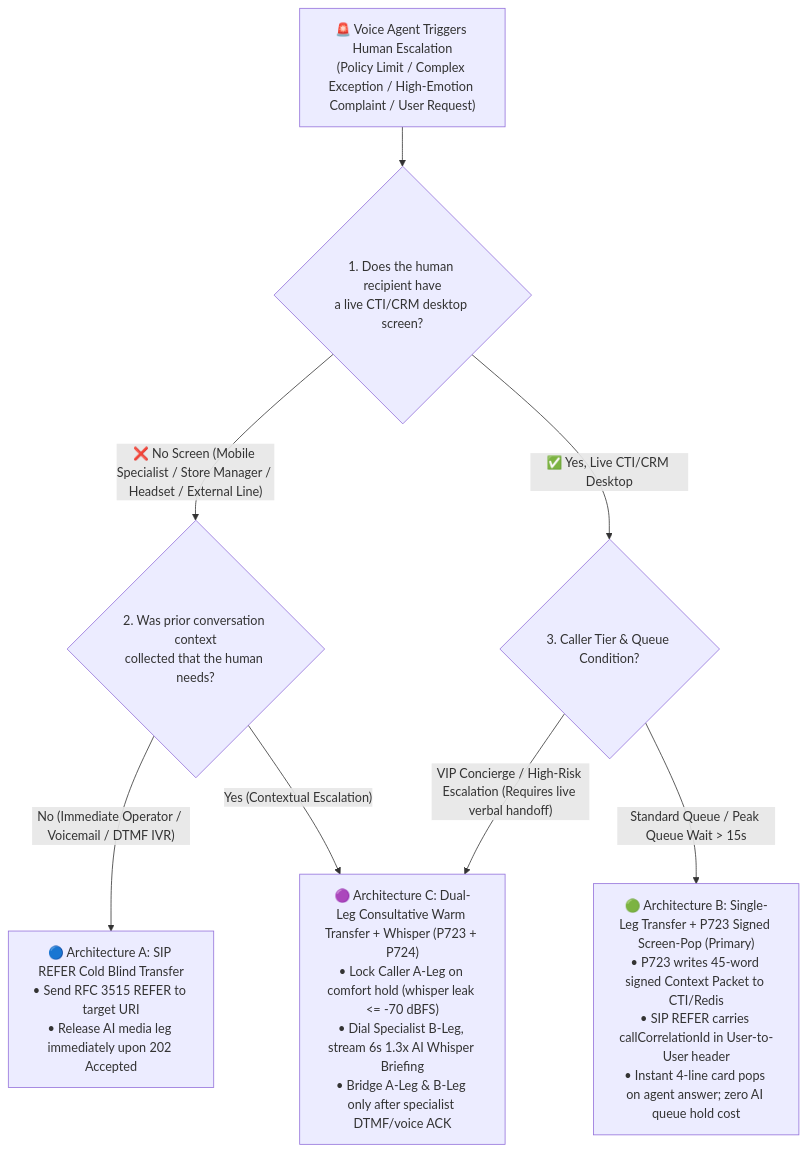
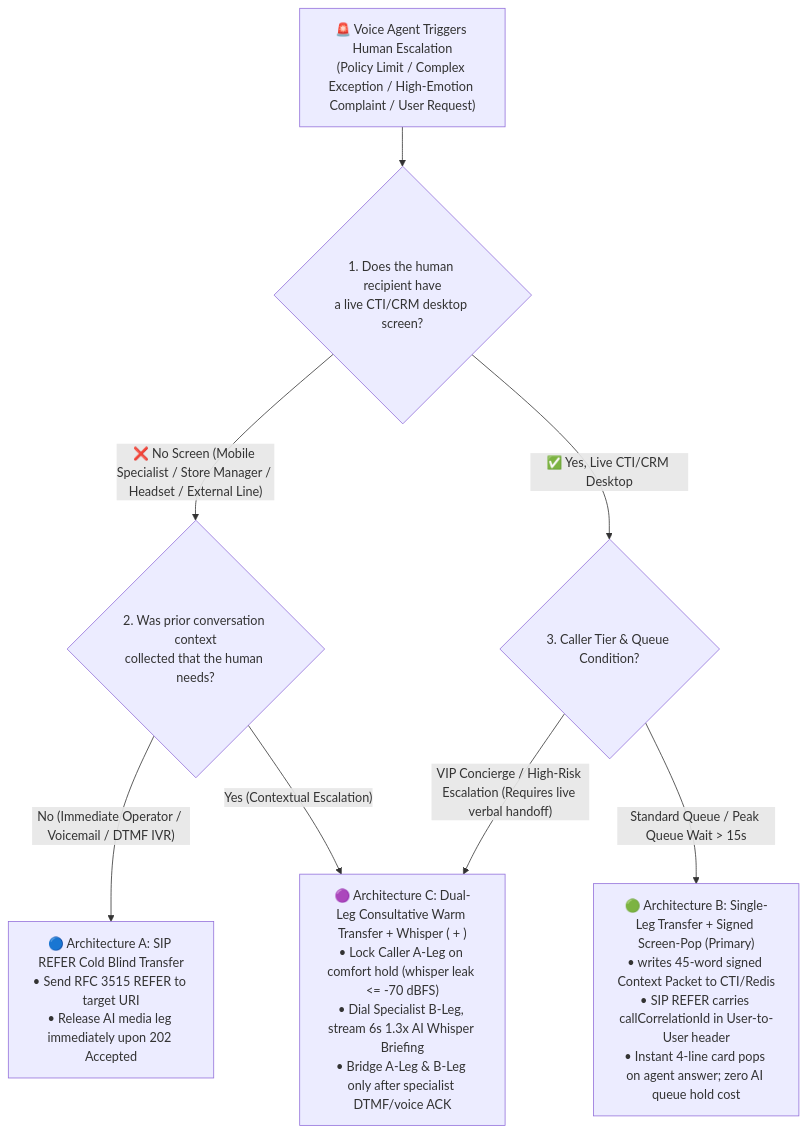
Before and after one commit to turbo998/voice-agent-lab: the first of 3 diagrams in docs/warm-transfer-whisper-handoff-faq.en.md, drawn with Mermaid. The commit also changed other lines of this file and 715 other files, not shown here.

First line of the commit message:
chore: curate Enterprise Voice AI SA deliverables and purge non-SA RFC/industrial bloat

````diff
--- a/docs/warm-transfer-whisper-handoff-faq.en.md
+++ b/docs/warm-transfer-whisper-handoff-faq.en.md
@@ -75,12 +75,12 @@
 ```mermaid
 flowchart TD
-    Start["🚨 Voice Agent Triggers Human Escalation<br/>(Policy Limit / Complex Exception / High-Emotion Complaint / User Request)"] --> Q1{"1. Does the human recipient have<br/>a live CTI/CRM desktop screen?"}
+ Start["🚨 Voice Agent Triggers Human Escalation<br/>(Policy Limit / Complex Exception / High-Emotion Complaint / User Request)"] --> Q1{"1. Does the human recipient have<br/>a live CTI/CRM desktop screen?"}
 
-    Q1 -- "❌ No Screen (Mobile Specialist / Store Manager / Headset / External Line)" --> Q2{"2. Was prior conversation context<br/>collected that the human needs?"}
-    Q2 -- "No (Immediate Operator / Voicemail / DTMF IVR)" --> ColdRefer["🔵 Architecture A: SIP REFER Cold Blind Transfer<br/>• Send RFC 3515 REFER to target URI<br/>• Release AI media leg immediately upon 202 Accepted"]
-    Q2 -- "Yes (Contextual Escalation)" --> WarmWhisper["🟣 Architecture C: Dual-Leg Consultative Warm Transfer + Whisper (P723 + P724)<br/>• Lock Caller A-Leg on comfort hold (whisper leak <= -70 dBFS)<br/>• Dial Specialist B-Leg, stream 6s 1.3x AI Whisper Briefing<br/>• Bridge A-Leg & B-Leg only after specialist DTMF/voice ACK"]
+ Q1 -- "❌ No Screen (Mobile Specialist / Store Manager / Headset / External Line)" --> Q2{"2. Was prior conversation context<br/>collected that the human needs?"}
+ Q2 -- "No (Immediate Operator / Voicemail / DTMF IVR)" --> ColdRefer["🔵 Architecture A: SIP REFER Cold Blind Transfer<br/>• Send RFC 3515 REFER to target URI<br/>• Release AI media leg immediately upon 202 Accepted"]
+ Q2 -- "Yes (Contextual Escalation)" --> WarmWhisper["🟣 Architecture C: Dual-Leg Consultative Warm Transfer + Whisper ( + )<br/>• Lock Caller A-Leg on comfort hold (whisper leak <= -70 dBFS)<br/>• Dial Specialist B-Leg, stream 6s 1.3x AI Whisper Briefing<br/>• Bridge A-Leg & B-Leg only after specialist DTMF/voice ACK"]
 
-    Q1 -- "✅ Yes, Live CTI/CRM Desktop" --> Q3{"3. Caller Tier & Queue Condition?"}
-    Q3 -- "Standard Queue / Peak Queue Wait > 15s" --> ScreenPop["🟢 Architecture B: Single-Leg Transfer + P723 Signed Screen-Pop (Primary)<br/>• P723 writes 45-word signed Context Packet to CTI/Redis<br/>• SIP REFER carries callCorrelationId in User-to-User header<br/>• Instant 4-line card pops on agent answer; zero AI queue hold cost"]
-    Q3 -- "VIP Concierge / High-Risk Escalation (Requires live verbal handoff)" --> WarmWhisper
+ Q1 -- "✅ Yes, Live CTI/CRM Desktop" --> Q3{"3. Caller Tier & Queue Condition?"}
+ Q3 -- "Standard Queue / Peak Queue Wait > 15s" --> ScreenPop["🟢 Architecture B: Single-Leg Transfer + Signed Screen-Pop (Primary)<br/>• writes 45-word signed Context Packet to CTI/Redis<br/>• SIP REFER carries callCorrelationId in User-to-User header<br/>• Instant 4-line card pops on agent answer; zero AI queue hold cost"]
+ Q3 -- "VIP Concierge / High-Risk Escalation (Requires live verbal handoff)" --> WarmWhisper
 ```
````
